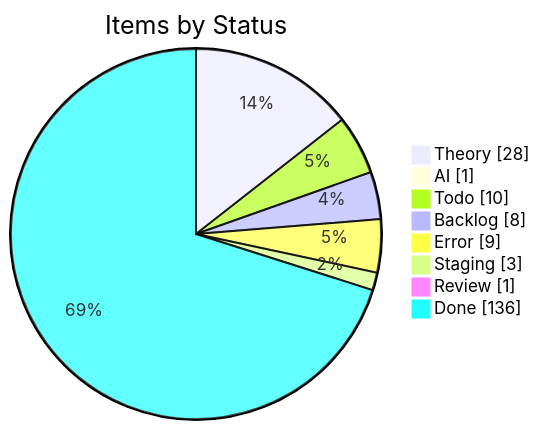
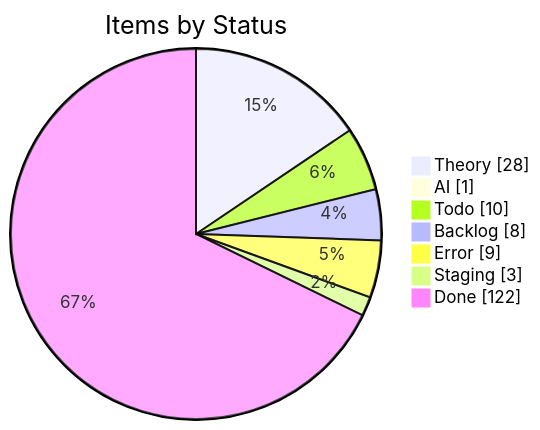
The first of 4 diagrams in apps/kbve/astro-kbve/src/content/docs/dashboard/kanban-data.mdx (KBVE/kbve), drawn with Mermaid before and after one commit. The commit also changed other lines of this file and 8 other files, not shown here.

````diff
--- a/apps/kbve/astro-kbve/src/content/docs/dashboard/kanban-data.mdx
+++ b/apps/kbve/astro-kbve/src/content/docs/dashboard/kanban-data.mdx
@@ -55,12 +55,11 @@
 ```mermaid
 pie showData
     title Items by Status
     "Theory" : 28
     "AI" : 1
     "Todo" : 10
     "Backlog" : 8
     "Error" : 9
     "Staging" : 3
-    "Review" : 1
-    "Done" : 136
+    "Done" : 122
 ```
````
